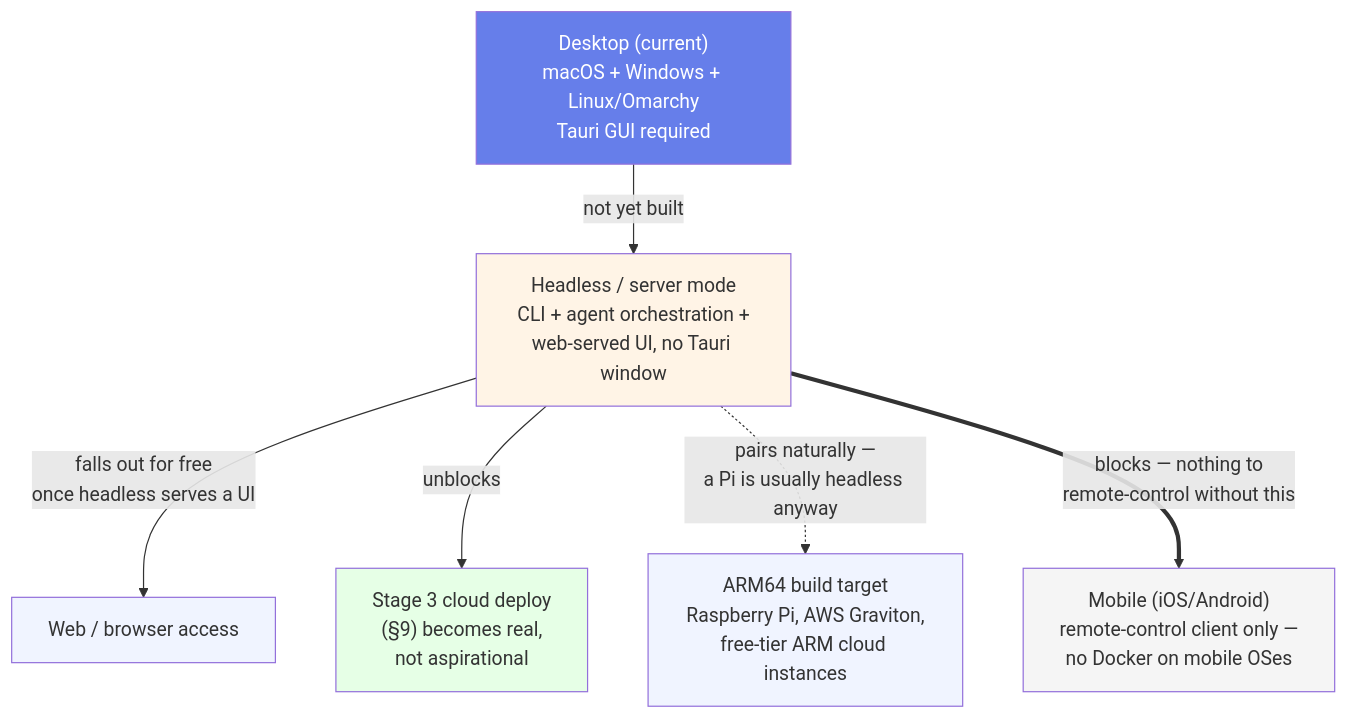
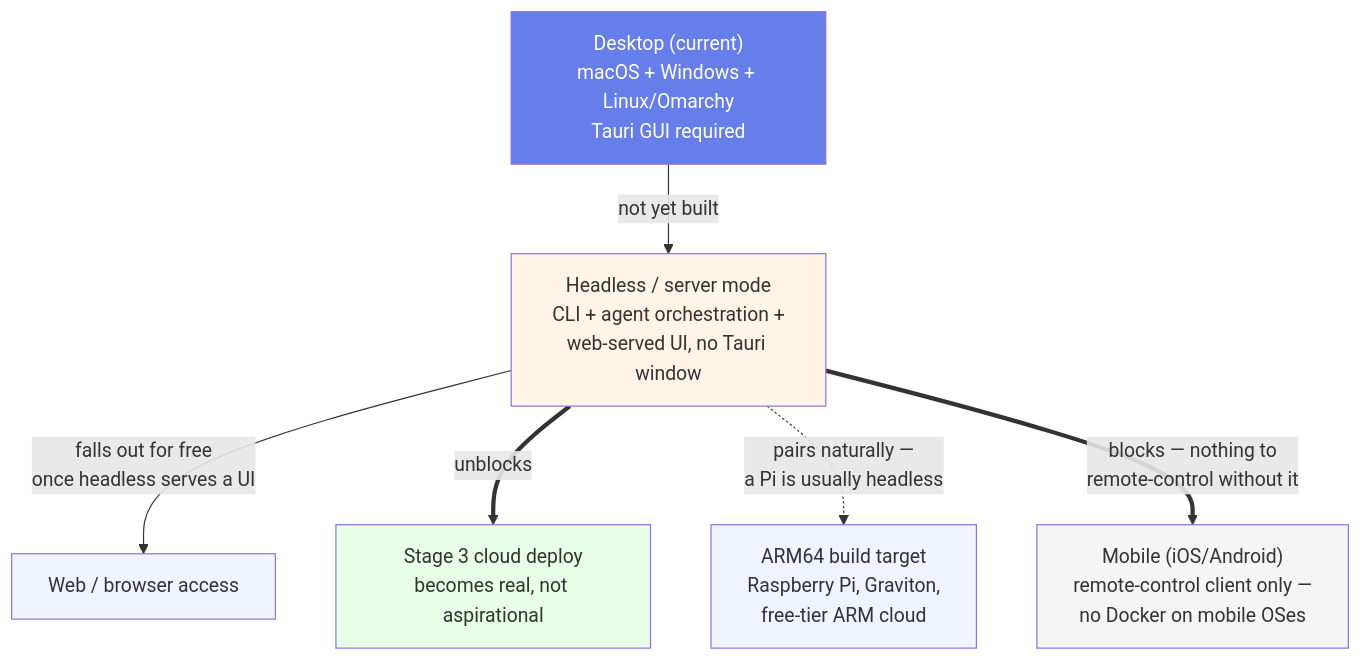
Before and after one commit to jacobcowanr/ValhallaAI: the tenth of 10 diagrams in ARCHITECTURE.md, drawn with Mermaid. The commit also changed other lines of this file and 3 other files, not shown here.

Commit message:
Rewrite all four docs with detailed diagrams and verified facts

````diff
--- a/ARCHITECTURE.md
+++ b/ARCHITECTURE.md
@@ -480,22 +765,32 @@
 ```mermaid
 flowchart TD
+    accTitle: Platform dependency order
+    accDescr {
+        Desktop is what exists today. Headless server mode is the next real
+        target and it unblocks three others: browser access falls out for free
+        once a server serves a UI, cloud deployment becomes possible at all,
+        and mobile remote-control has something to connect to. The ARM build
+        target pairs naturally with headless because a self-hosted box is
+        usually a small headless machine. Building mobile first would mean
+        building a client with nothing behind it.
+    }
     Desktop["Desktop (current)<br/>macOS + Windows + Linux/Omarchy<br/>Tauri GUI required"]
     Headless["Headless / server mode<br/>CLI + agent orchestration +<br/>web-served UI, no Tauri window"]
-    ARM["ARM64 build target<br/>Raspberry Pi, AWS Graviton,<br/>free-tier ARM cloud instances"]
+    ARM["ARM64 build target<br/>Raspberry Pi, Graviton,<br/>free-tier ARM cloud"]
     Web["Web / browser access"]
-    Cloud["Stage 3 cloud deploy<br/>(§9) becomes real,<br/>not aspirational"]
+    Cloud["Stage 3 cloud deploy<br/>becomes real, not aspirational"]
     Mobile["Mobile (iOS/Android)<br/>remote-control client only —<br/>no Docker on mobile OSes"]
 
     Desktop -->|"not yet built"| Headless
     Headless -->|"falls out for free<br/>once headless serves a UI"| Web
-    Headless -->|"unblocks"| Cloud
-    Headless -.->|"pairs naturally —<br/>a Pi is usually headless anyway"| ARM
-    Headless ==>|"blocks — nothing to<br/>remote-control without this"| Mobile
+    Headless ==>|"unblocks"| Cloud
+    Headless -.->|"pairs naturally —<br/>a Pi is usually headless"| ARM
+    Headless ==>|"blocks — nothing to<br/>remote-control without it"| Mobile
 
     style Desktop fill:#667eea,color:#fff
     style Headless fill:#fff4e6
     style ARM fill:#f0f4ff
     style Web fill:#f0f4ff
     style Cloud fill:#e6ffe6
     style Mobile fill:#f5f5f5
 ```
````
